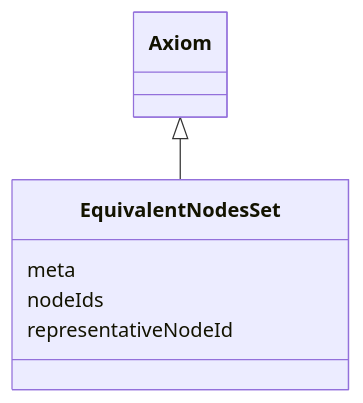
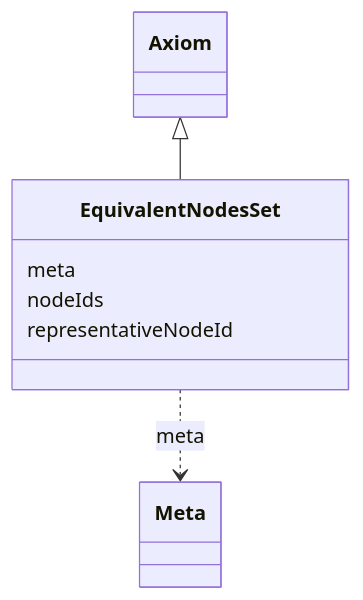
Before and after one commit to INCATools/ontology-access-kit: the diagram in obograph/EquivalentNodesSet.md, drawn with Mermaid. The commit also changed other lines of this file and 1783 other files, not shown here.

````diff
--- a/obograph/EquivalentNodesSet.md
+++ b/obograph/EquivalentNodesSet.md
@@ -11,10 +11,15 @@
 ```{mermaid}
  classDiagram
     class EquivalentNodesSet
       Axiom <|-- EquivalentNodesSet
       
       EquivalentNodesSet : meta
+        
+          EquivalentNodesSet ..> Meta : meta
+        
       EquivalentNodesSet : nodeIds
+        
       EquivalentNodesSet : representativeNodeId
+        
       
 ```
````
